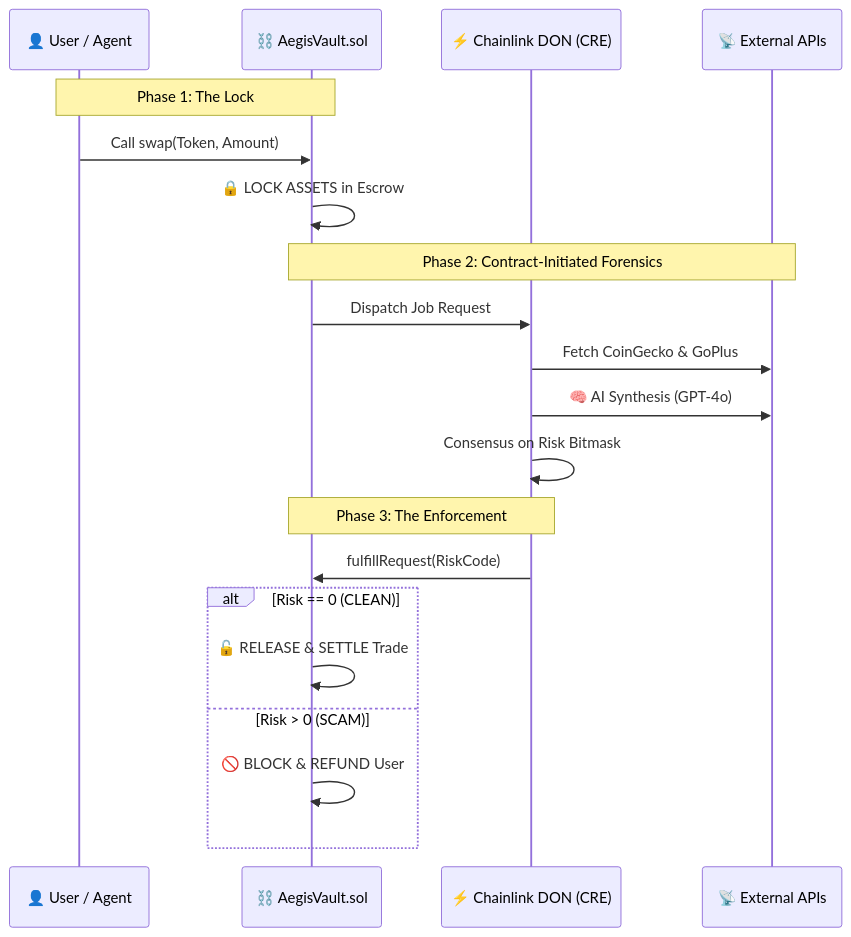
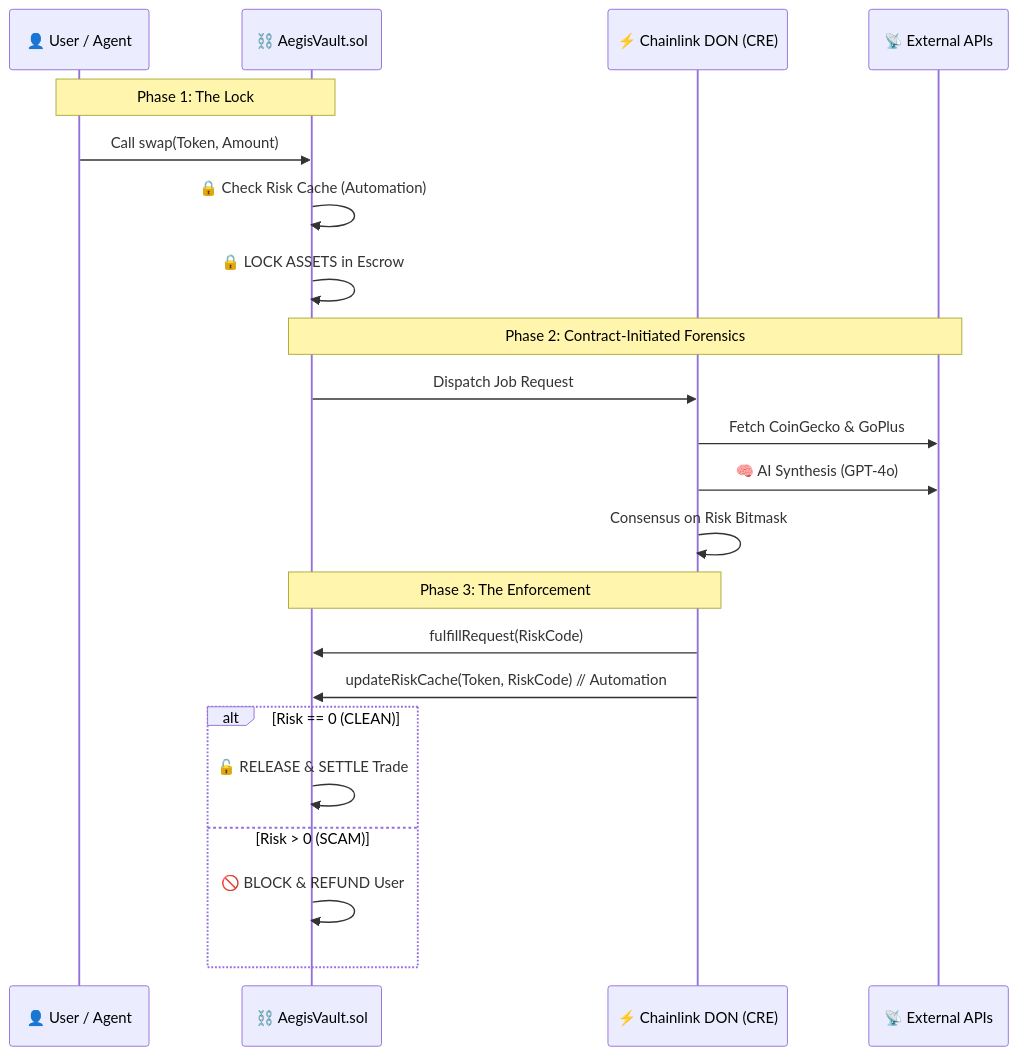
One commit to vjb/aegis-risk-oracle changed the diagram in README.md. Above: the diagram before and after it, drawn with Mermaid. The commit also changed other lines of this file and 10 other files, not shown here.

Commit message:
feat(security): implement Triple Lock architecture and Chainlink Automation

````diff
--- a/README.md
+++ b/README.md
@@ -53,26 +59,28 @@
 ```mermaid
 sequenceDiagram
     participant User as 👤 User / Agent
     participant Vault as ⛓️ AegisVault.sol
     participant DON as ⚡ Chainlink DON (CRE)
     participant APIs as 📡 External APIs
 
     Note over User, Vault: Phase 1: The Lock
     User->>Vault: Call swap(Token, Amount)
+    Vault->>Vault: 🔒 Check Risk Cache (Automation)
     Vault->>Vault: 🔒 LOCK ASSETS in Escrow
     
     Note over Vault, APIs: Phase 2: Contract-Initiated Forensics
     Vault->>DON: Dispatch Job Request
     DON->>APIs: Fetch CoinGecko & GoPlus
     DON->>APIs: 🧠 AI Synthesis (GPT-4o)
     DON->>DON: Consensus on Risk Bitmask
     
     Note over DON, Vault: Phase 3: The Enforcement
     DON->>Vault: fulfillRequest(RiskCode)
+    DON->>Vault: updateRiskCache(Token, RiskCode) // Automation
     
     alt Risk == 0 (CLEAN)
         Vault->>Vault: 🔓 RELEASE & SETTLE Trade
     else Risk > 0 (SCAM)
         Vault->>Vault: 🚫 BLOCK & REFUND User
     end
 ```
````
